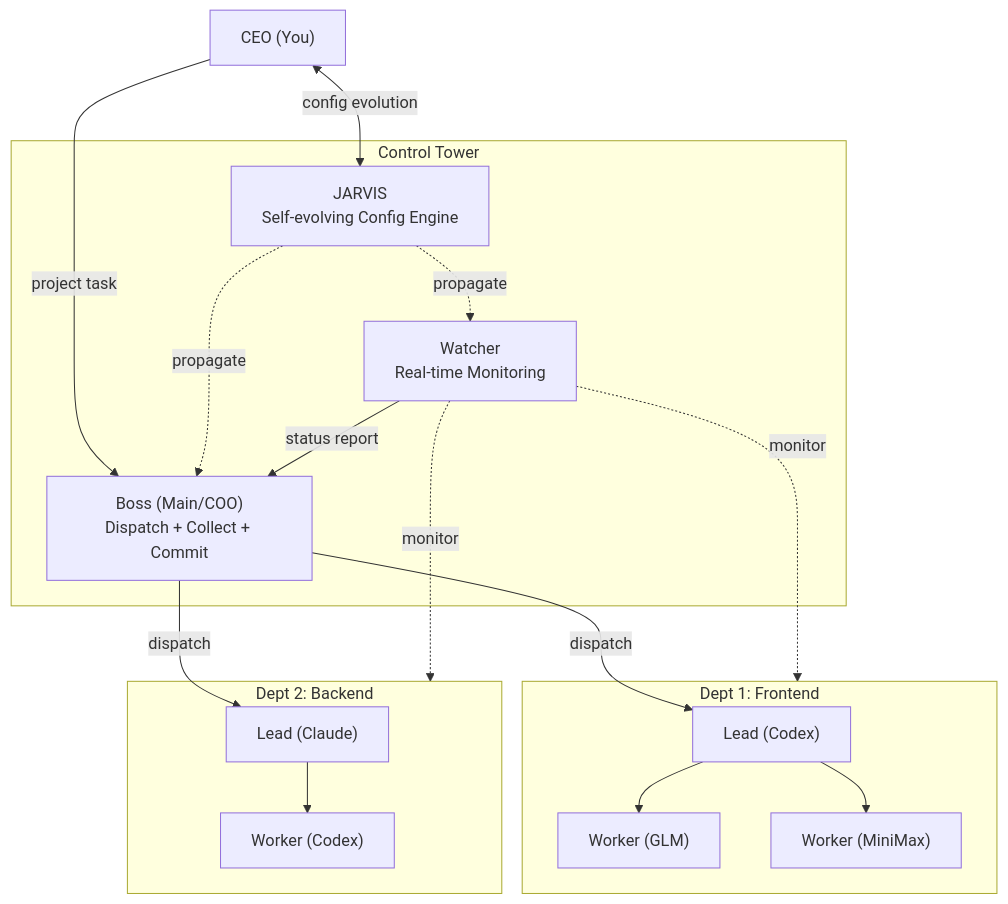
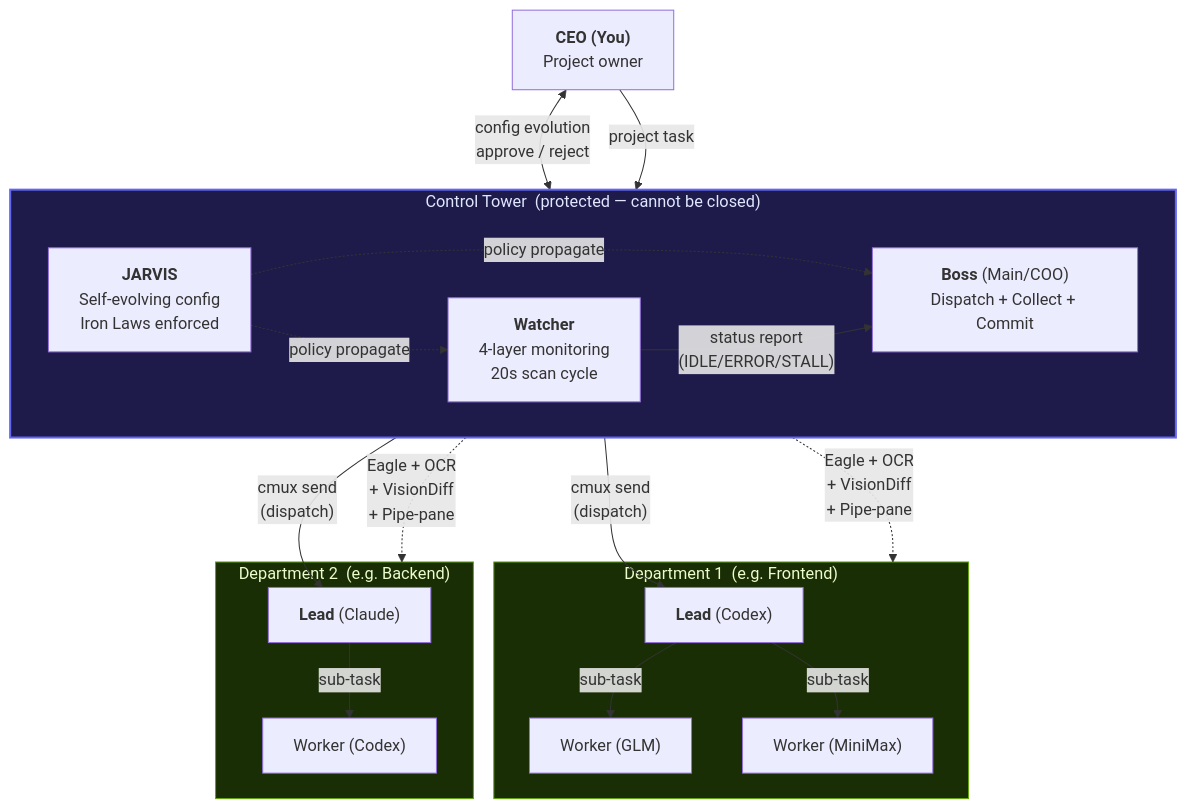
Before and after one commit to scokeepa/cmuxO: the first of 2 diagrams in README.md, drawn with Mermaid. The commit also changed other lines of this file, not shown here.

First line of the commit message:
docs: Architecture 섹션 고도화 — 상태 머신, 데이터 흐름, hook 강제 레이어 추가

````diff
--- a/README.md
+++ b/README.md
@@ -53,31 +55,35 @@
 ```mermaid
 graph TB
-    User["CEO (You)"]
-    
-    subgraph CT["Control Tower"]
-        Main["Boss (Main/COO)\nDispatch + Collect + Commit"]
-        Watcher["Watcher\nReal-time Monitoring"]
-        Jarvis["JARVIS\nSelf-evolving Config Engine"]
+    User["<b>CEO (You)</b><br/>Project owner"]
+
+    subgraph CT["Control Tower &nbsp;(protected — cannot be closed)"]
+        direction LR
+        Main["<b>Boss</b> (Main/COO)<br/>Dispatch + Collect + Commit"]
+        Watcher["<b>Watcher</b><br/>4-layer monitoring<br/>20s scan cycle"]
+        Jarvis["<b>JARVIS</b><br/>Self-evolving config<br/>Iron Laws enforced"]
     end
-    
-    subgraph D1["Dept 1: Frontend"]
-        TL1["Lead (Codex)"]
+
+    subgraph D1["Department 1 &nbsp;(e.g. Frontend)"]
+        TL1["<b>Lead</b> (Codex)"]
         W1["Worker (GLM)"]
         W2["Worker (MiniMax)"]
     end
-    
-    subgraph D2["Dept 2: Backend"]
-        TL2["Lead (Claude)"]
+
+    subgraph D2["Department 2 &nbsp;(e.g. Backend)"]
+        TL2["<b>Lead</b> (Claude)"]
         W3["Worker (Codex)"]
     end
-    
-    User <-->|"config evolution"| Jarvis
+
+    User <-->|"config evolution<br/>approve / reject"| Jarvis
     User -->|"project task"| Main
-    Main -->|"dispatch"| TL1
-    Main -->|"dispatch"| TL2
-    TL1 --> W1 & W2
-    TL2 --> W3
-    Jarvis -.->|"propagate"| Main & Watcher
-    Watcher -->|"status report"| Main
-    Watcher -.->|"monitor"| D1 & D2
+    Main -->|"cmux send<br/>(dispatch)"| TL1 & TL2
+    TL1 -->|"sub-task"| W1 & W2
+    TL2 -->|"sub-task"| W3
+    Jarvis -.->|"policy propagate"| Main & Watcher
+    Watcher -->|"status report<br/>(IDLE/ERROR/STALL)"| Main
+    Watcher -.->|"Eagle + OCR<br/>+ VisionDiff<br/>+ Pipe-pane"| D1 & D2
+
+    style CT fill:#1e1b4b,stroke:#6366f1,stroke-width:2px,color:#e0e7ff
+    style D1 fill:#1a2e05,stroke:#65a30d,stroke-width:1px,color:#ecfccb
+    style D2 fill:#1a2e05,stroke:#65a30d,stroke-width:1px,color:#ecfccb
 ```
````
